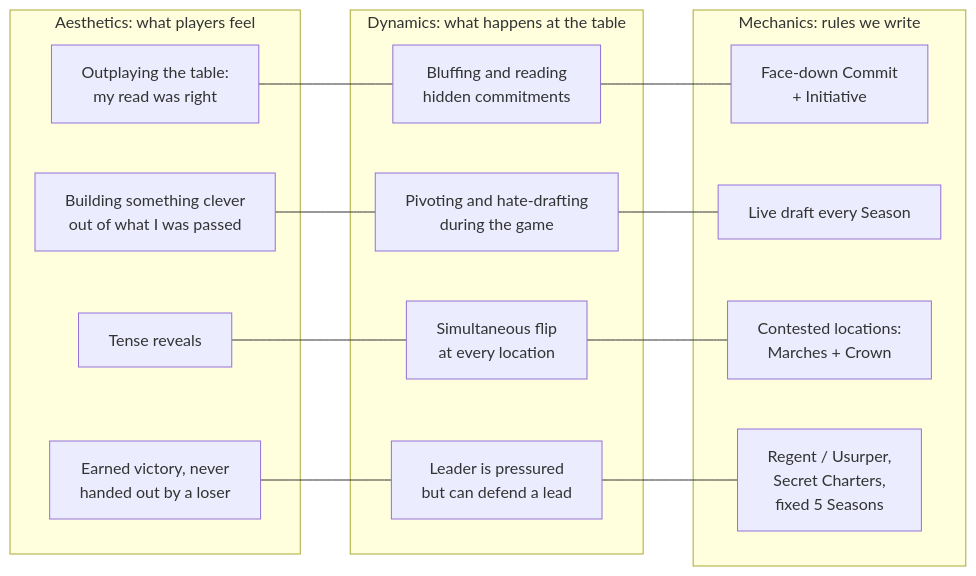
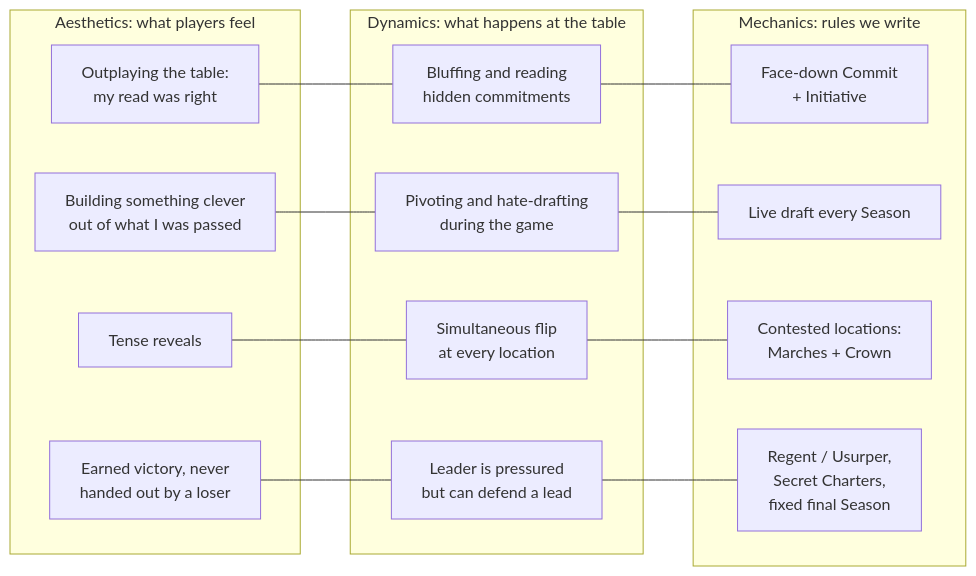
The first of 4 diagrams in docs/design/core-gameplay-loop.md (OwenTanzer/Dark-Charterlands-TCG), drawn with Mermaid before and after one commit. The commit also changed other lines of this file and 1 other file, not shown here.

First line of the commit message:
Add Community Charters: group-written house rules as a design pillar

````diff
--- a/docs/design/core-gameplay-loop.md
+++ b/docs/design/core-gameplay-loop.md
@@ -27,25 +28,25 @@
 ```mermaid
 flowchart LR
   subgraph A[Aesthetics: what players feel]
     A1[Outplaying the table:<br/>my read was right]
     A2[Building something clever<br/>out of what I was passed]
     A3[Tense reveals]
     A4[Earned victory, never<br/>handed out by a loser]
   end
   subgraph D[Dynamics: what happens at the table]
     D1[Bluffing and reading<br/>hidden commitments]
     D2[Pivoting and hate-drafting<br/>during the game]
     D3[Simultaneous flip<br/>at every location]
     D4[Leader is pressured<br/>but can defend a lead]
   end
   subgraph M[Mechanics: rules we write]
     M1[Face-down Commit<br/>+ Initiative]
     M2[Live draft every Season]
     M3[Contested locations:<br/>Marches + Crown]
-    M4[Regent / Usurper,<br/>Secret Charters,<br/>fixed 5 Seasons]
+    M4[Regent / Usurper,<br/>Secret Charters,<br/>fixed final Season]
   end
   A1 --- D1 --- M1
   A2 --- D2 --- M2
   A3 --- D3 --- M3
   A4 --- D4 --- M4
 ```
````
